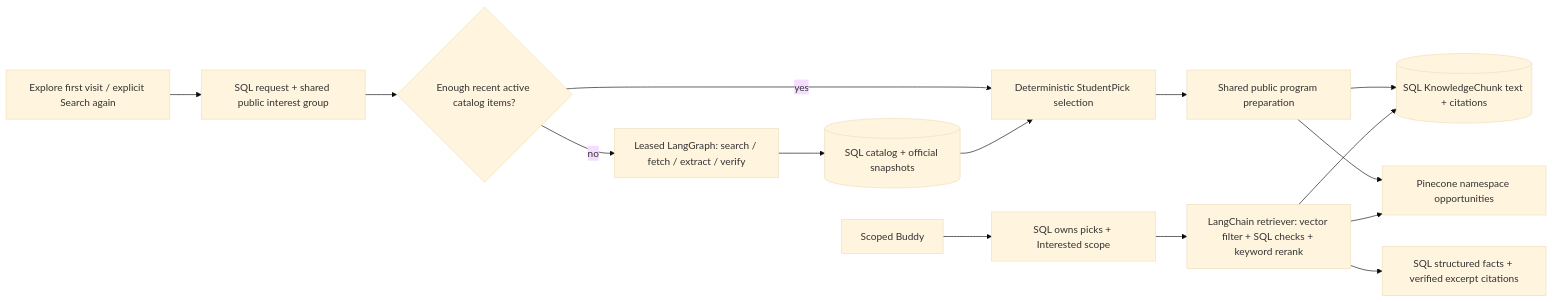
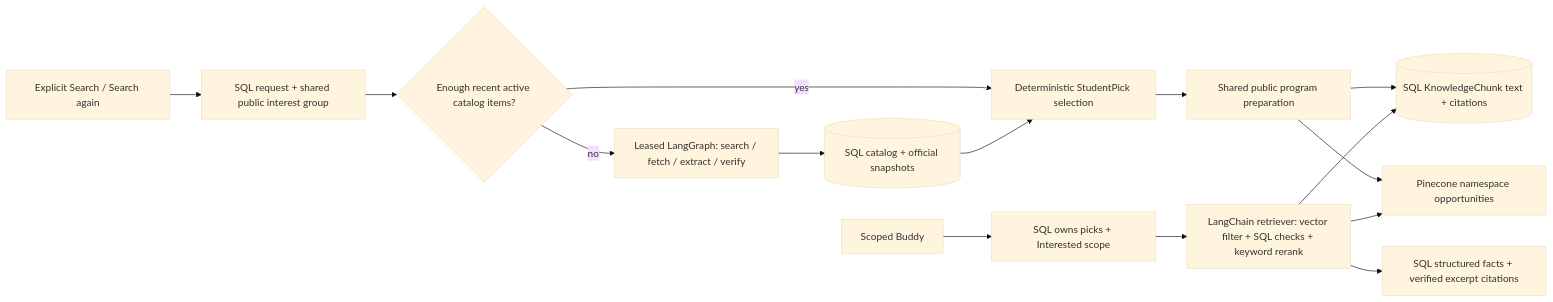
Before and after one commit to vgajula-gh/Pathway-ai: the second of 2 diagrams in docs/04-ARCHITECTURE.md, drawn with Mermaid (base theme). The commit also changed other lines of this file and 25 other files, not shown here.

Commit message:
Reuse shared opportunity matches and recover raised search limits

````diff
--- a/docs/04-ARCHITECTURE.md
+++ b/docs/04-ARCHITECTURE.md
@@ -95,17 +95,17 @@
 ```mermaid
 flowchart LR
-  E[Explore first visit / explicit Search again] --> Q[SQL request + shared public interest group]
+  E[Explicit Search / Search again] --> Q[SQL request + shared public interest group]
   Q --> C{Enough recent active catalog items?}
   C -->|yes| P[Deterministic StudentPick selection]
   C -->|no| G[Leased LangGraph: search / fetch / extract / verify]
   G --> S[(SQL catalog + official snapshots)]
   S --> P
   P --> K[Shared public program preparation]
   K --> D[(SQL KnowledgeChunk text + citations)]
   K --> V[Pinecone namespace opportunities]
   B[Scoped Buddy] --> A[SQL owns picks + Interested scope]
   A --> R[LangChain retriever: vector filter + SQL checks + keyword rerank]
   R --> V
   R --> D
   R --> F[SQL structured facts + verified excerpt citations]
 ```
````
